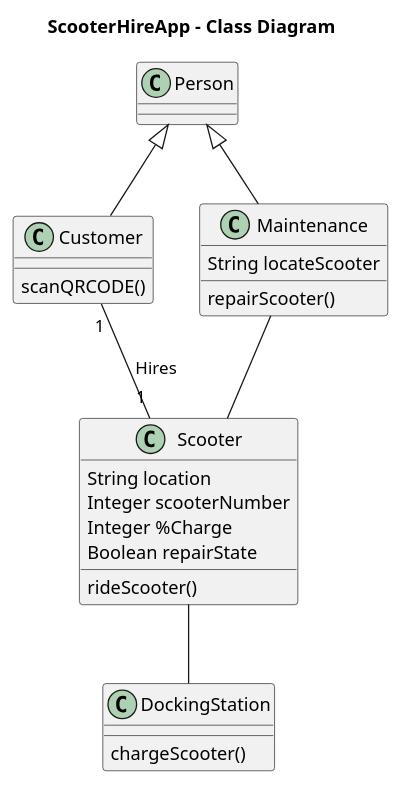
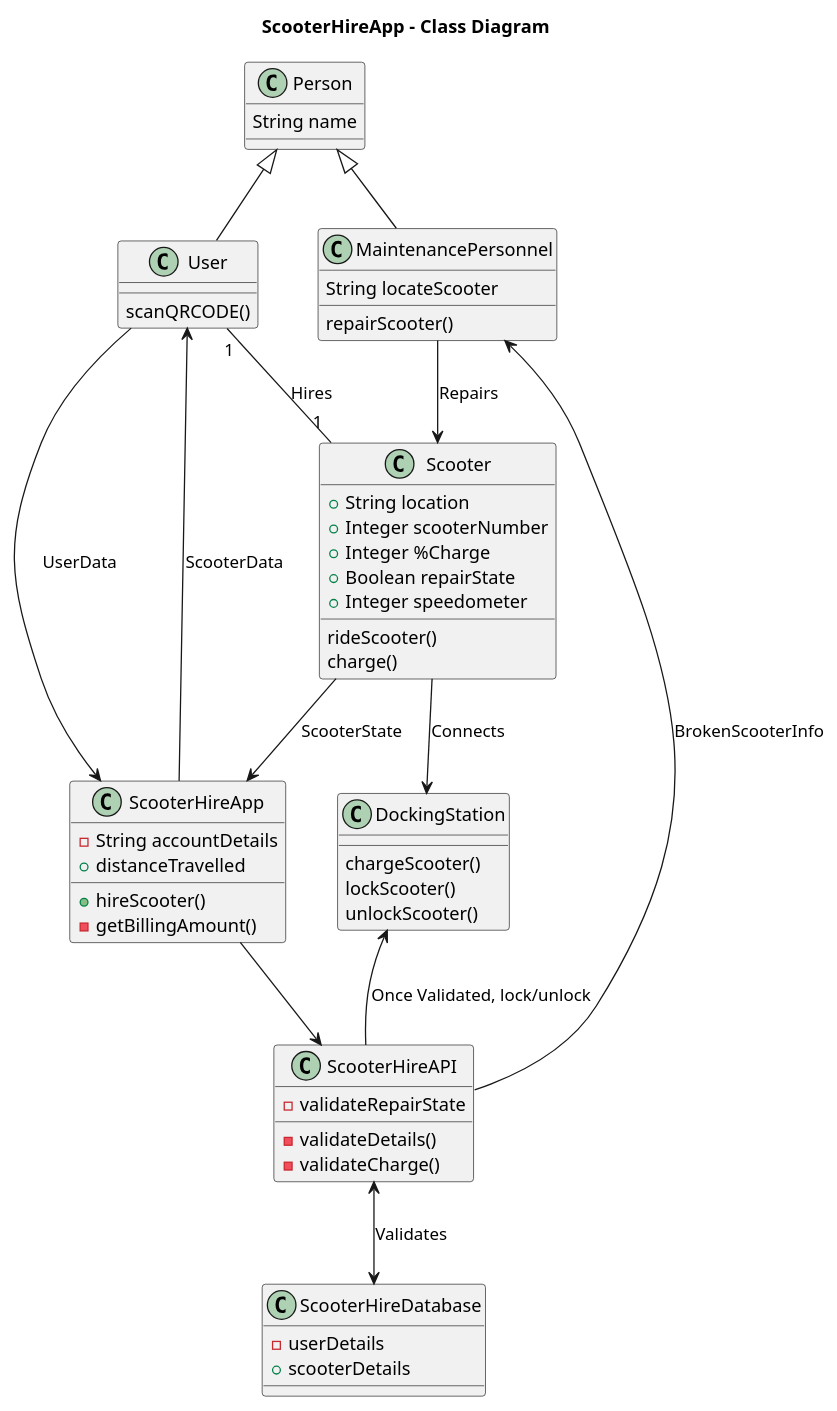
Before and after one commit to Andi-M96/mv-bootcamp-main: the diagram in ElectricScooterApp/classDia.puml, drawn with PlantUML. The commit also changed 2 other files, not shown here.

```diff
--- a/ElectricScooterApp/classDia.puml
+++ b/ElectricScooterApp/classDia.puml
@@ -1,39 +1,68 @@
 @startuml
 title ScooterHireApp - Class Diagram
 
 class Person {
+String name
   
 }
-class Customer {
+class User {
 scanQRCODE()
 }
-class Maintenance {
+class MaintenancePersonnel {
 String locateScooter
 repairScooter()
 }
 class DockingStation {
 chargeScooter()
+lockScooter()
+unlockScooter()
 }
 
 
 class Scooter {
-String location
-Integer scooterNumber
-Integer %Charge
-Boolean repairState
++String location
++Integer scooterNumber
++Integer %Charge
++Boolean repairState
++Integer speedometer
 rideScooter()
+charge()
 
 }
 
-Person <|-- Customer
-Person <|-- Maintenance
+class ScooterHireApp{
+-String accountDetails
++hireScooter()
++distanceTravelled
+-getBillingAmount()
+}
 
-Customer "1" -- "1" Scooter : Hires
-Maintenance -- Scooter
+class ScooterHireAPI{
+-validateDetails()
+-validateCharge()
+-validateRepairState
 
+}
 
+class ScooterHireDatabase{
+-userDetails
++scooterDetails
 
-Scooter -- DockingStation
+}
+
+Person <|-- User
+Person <|-- MaintenancePersonnel
+
+User "1" -- "1" Scooter : Hires
+MaintenancePersonnel --> Scooter: Repairs
+ScooterHireApp <-- User : UserData
+Scooter --> ScooterHireApp:ScooterState
+ScooterHireApp --> ScooterHireAPI
+ScooterHireAPI <--> ScooterHireDatabase: Validates
+User <-- ScooterHireApp : ScooterData
+MaintenancePersonnel <-- ScooterHireAPI: BrokenScooterInfo
+DockingStation <-- ScooterHireAPI:Once Validated, lock/unlock
+Scooter --> DockingStation: Connects
 
 
 @enduml
```
